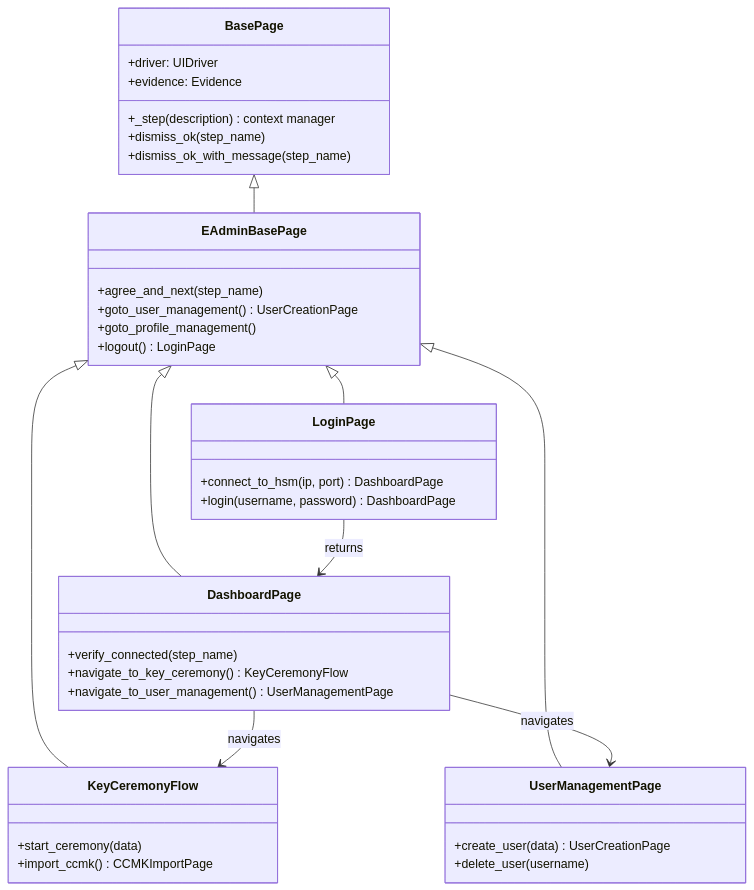
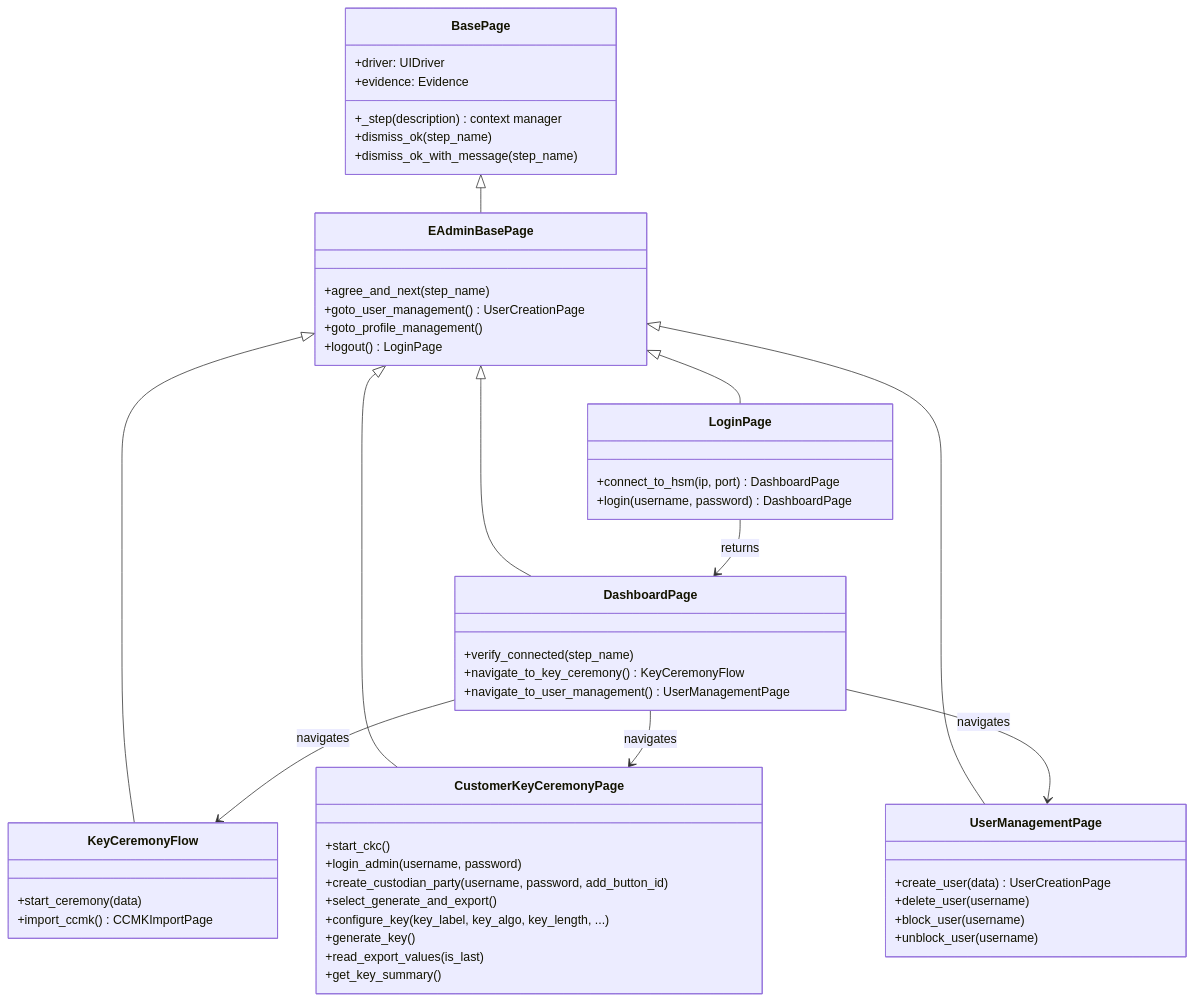
One commit to mikbalt/E2E_Test_Framework changed the fifth of 12 diagrams in docs/INTRODUCTION.md. Above: the diagram before and after it, drawn with Mermaid. The commit also changed other lines of this file and 20 other files, not shown here.

````diff
--- a/docs/INTRODUCTION.md
+++ b/docs/INTRODUCTION.md
@@ -210,48 +296,63 @@
 ```mermaid
 classDiagram
     class BasePage {
         +driver: UIDriver
         +evidence: Evidence
         +_step(description) context manager
         +dismiss_ok(step_name)
         +dismiss_ok_with_message(step_name)
     }
 
     class EAdminBasePage {
         +agree_and_next(step_name)
         +goto_user_management() UserCreationPage
         +goto_profile_management()
         +logout() LoginPage
     }
 
     class LoginPage {
         +connect_to_hsm(ip, port) DashboardPage
         +login(username, password) DashboardPage
     }
 
     class DashboardPage {
         +verify_connected(step_name)
         +navigate_to_key_ceremony() KeyCeremonyFlow
         +navigate_to_user_management() UserManagementPage
     }
 
     class KeyCeremonyFlow {
         +start_ceremony(data)
         +import_ccmk() CCMKImportPage
     }
 
+    class CustomerKeyCeremonyPage {
+        +start_ckc()
+        +login_admin(username, password)
+        +create_custodian_party(username, password, add_button_id)
+        +select_generate_and_export()
+        +configure_key(key_label, key_algo, key_length, ...)
+        +generate_key()
+        +read_export_values(is_last)
+        +get_key_summary()
+    }
+
     class UserManagementPage {
         +create_user(data) UserCreationPage
         +delete_user(username)
+        +block_user(username)
+        +unblock_user(username)
     }
 
     BasePage <|-- EAdminBasePage
     EAdminBasePage <|-- LoginPage
     EAdminBasePage <|-- DashboardPage
     EAdminBasePage <|-- KeyCeremonyFlow
+    EAdminBasePage <|-- CustomerKeyCeremonyPage
     EAdminBasePage <|-- UserManagementPage
 
     LoginPage --> DashboardPage : returns
     DashboardPage --> KeyCeremonyFlow : navigates
+    DashboardPage --> CustomerKeyCeremonyPage : navigates
     DashboardPage --> UserManagementPage : navigates
 ```
````
